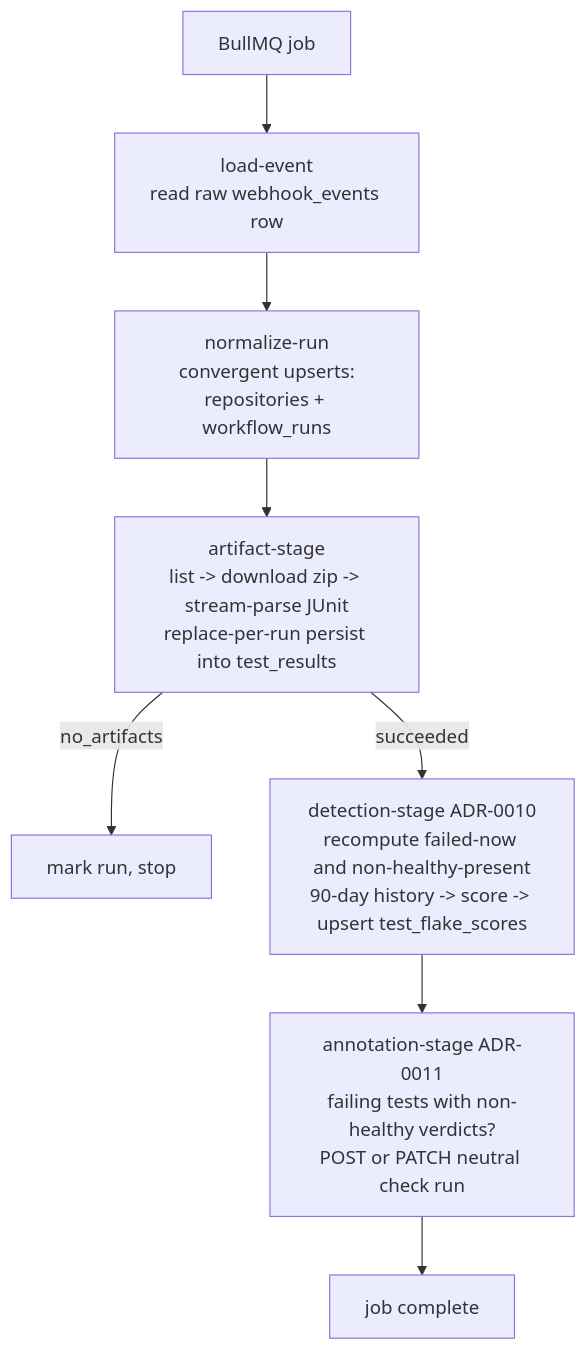
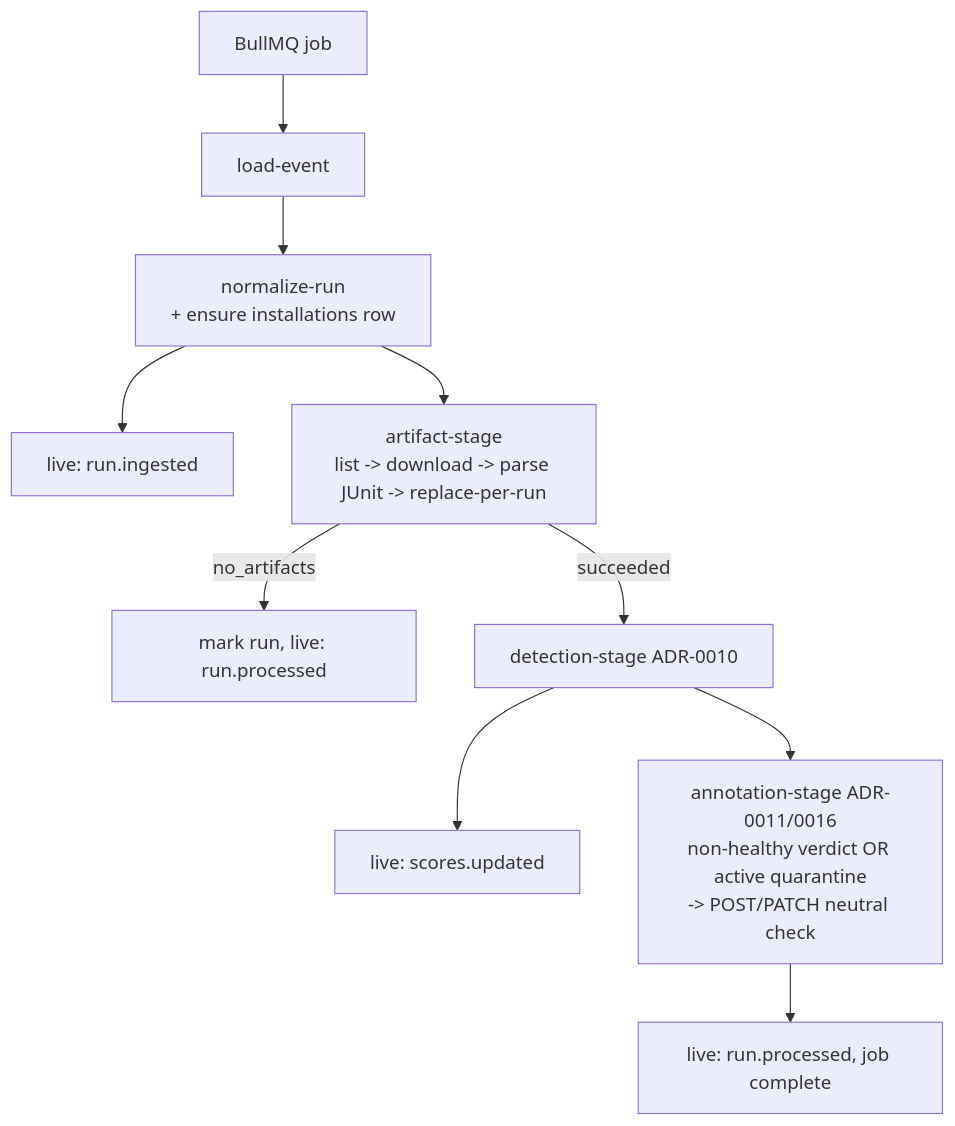
One commit to annacrisstina/devflow changed the second of 3 diagrams in docs/architecture/system-overview.md. Above: the diagram before and after it, drawn with Mermaid. The commit also changed other lines of this file and 8 other files, not shown here.

Commit message:
docs(docs): update project memory, dev log and architecture docs

````diff
--- a/docs/architecture/system-overview.md
+++ b/docs/architecture/system-overview.md
@@ -29,10 +38,12 @@
 ```mermaid
 flowchart TD
-    J[BullMQ job] --> LE[load-event<br/>read raw webhook_events row]
-    LE --> NR[normalize-run<br/>convergent upserts:<br/>repositories + workflow_runs]
-    NR --> AS[artifact-stage<br/>list -> download zip -> stream-parse JUnit<br/>replace-per-run persist into test_results]
-    AS -->|no_artifacts| END1[mark run, stop]
-    AS -->|succeeded| DS[detection-stage ADR-0010<br/>recompute failed-now and non-healthy-present<br/>90-day history -> score -> upsert test_flake_scores]
-    DS --> AN[annotation-stage ADR-0011<br/>failing tests with non-healthy verdicts?<br/>POST or PATCH neutral check run]
-    AN --> END2[job complete]
+    J[BullMQ job] --> LE[load-event]
+    LE --> NR[normalize-run<br/>+ ensure installations row]
+    NR --> LI1[live: run.ingested]
+    NR --> AS[artifact-stage<br/>list -> download -> parse JUnit -> replace-per-run]
+    AS -->|no_artifacts| END1[mark run, live: run.processed]
+    AS -->|succeeded| DS[detection-stage ADR-0010]
+    DS --> LI2[live: scores.updated]
+    DS --> AN[annotation-stage ADR-0011/0016<br/>non-healthy verdict OR active quarantine<br/>-> POST/PATCH neutral check]
+    AN --> END2[live: run.processed, job complete]
 ```
````
